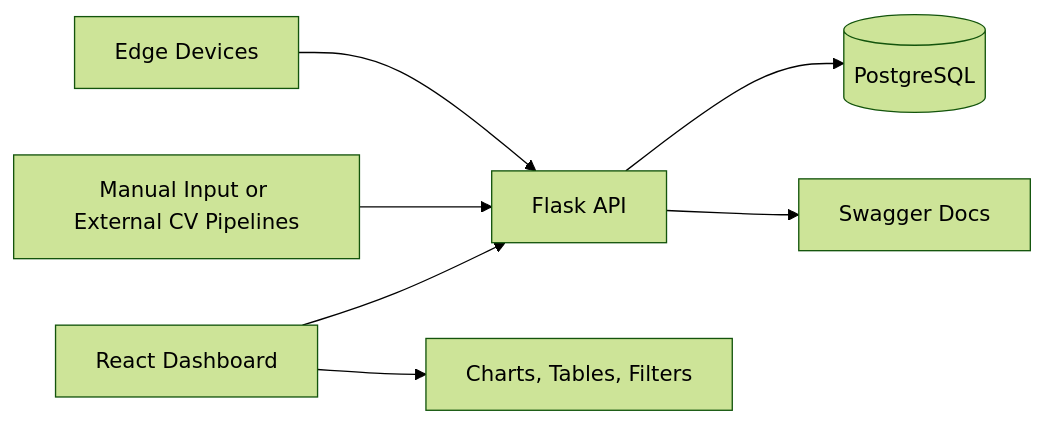
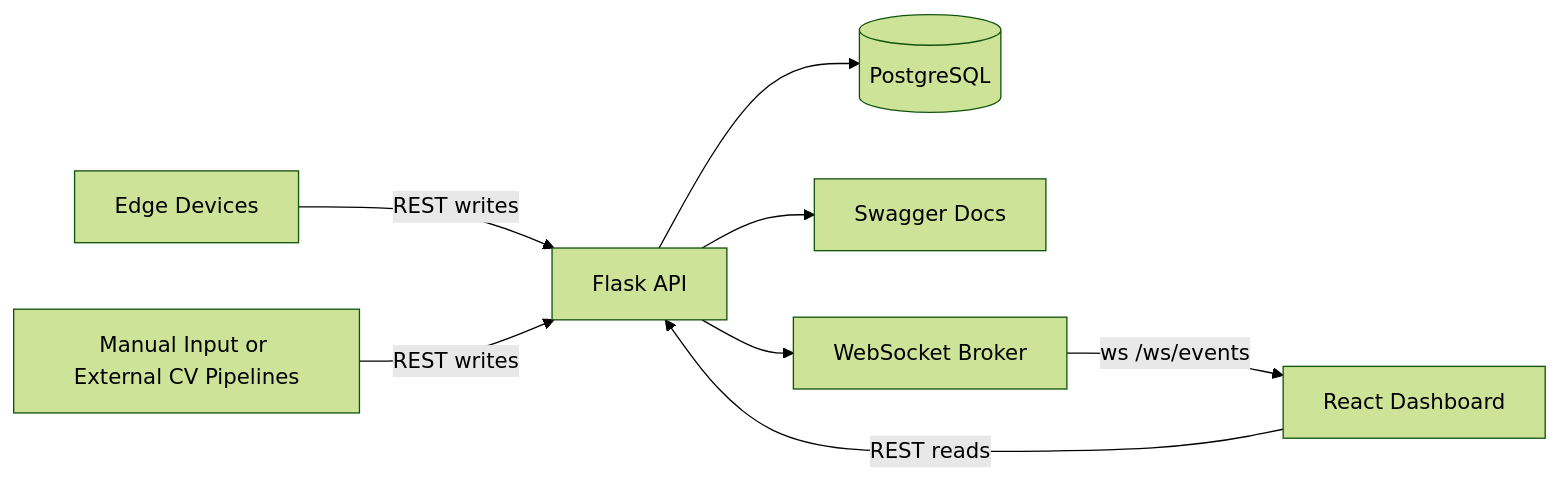
Before and after one commit to ai-cain/vision-data-dashboard: the diagram in docs/index.md, drawn with Mermaid (forest theme). The commit also changed other lines of this file and 9 other files, not shown here.

````diff
--- a/docs/index.md
+++ b/docs/index.md
@@ -22,9 +23,10 @@
 ```mermaid
 flowchart LR
-    A[Edge Devices] --> B[Flask API]
-    C[Manual Input or External CV Pipelines] --> B
+    A[Edge Devices] -->|REST writes| B[Flask API]
+    C[Manual Input or External CV Pipelines] -->|REST writes| B
     B --> D[(PostgreSQL)]
     B --> E[Swagger Docs]
-    F[React Dashboard] --> B
-    F --> G[Charts, Tables, Filters]
+    B --> F[WebSocket Broker]
+    G[React Dashboard] -->|REST reads| B
+    F -->|ws /ws/events| G
 ```
````
